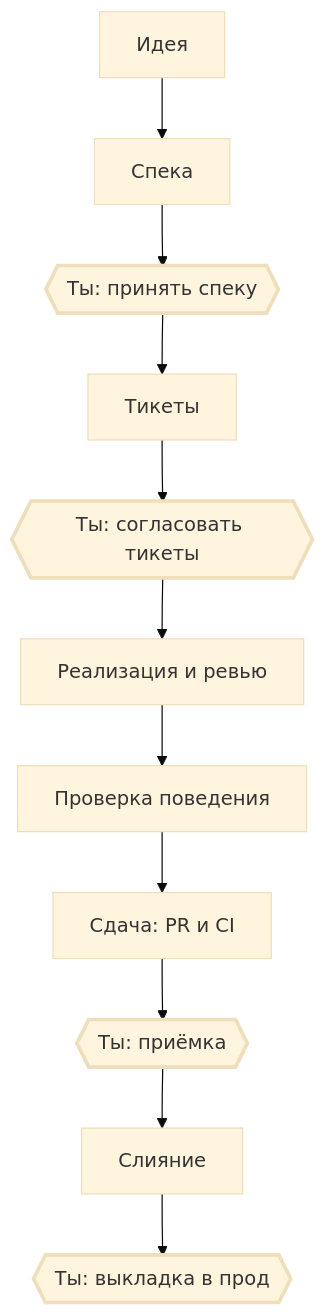
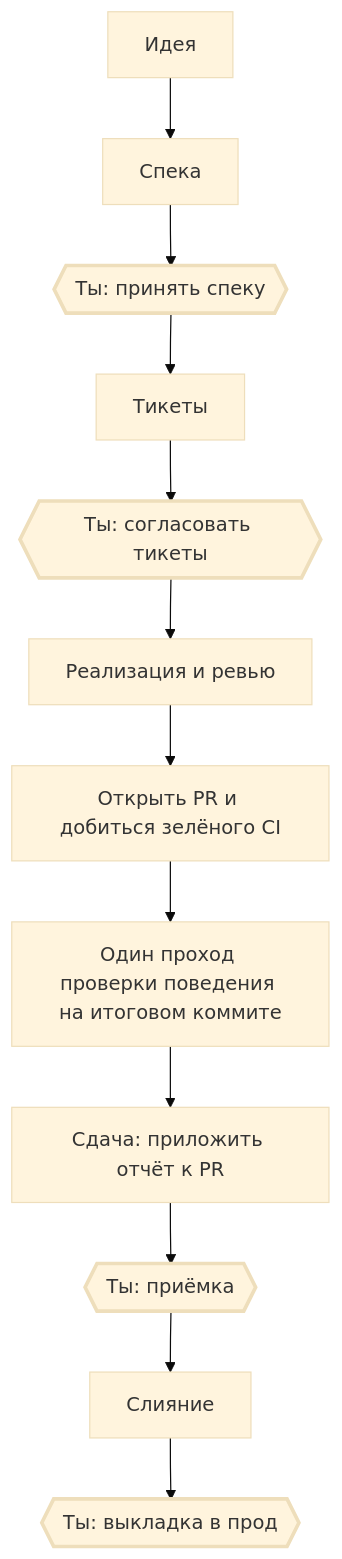
One commit to KirillSachkov/agent-kit changed the first of 7 diagrams in docs/research/factory-pipeline.ru.md. Above: the diagram before and after it, drawn with Mermaid (base theme). The commit also changed other lines of this file and 15 other files, not shown here.

````diff
--- a/docs/research/factory-pipeline.ru.md
+++ b/docs/research/factory-pipeline.ru.md
@@ -41,15 +41,16 @@
 ```mermaid
 flowchart TD
     A["Идея"] --> B["Спека"]
     B --> D1{{"Ты: принять спеку"}}
     D1 --> C["Тикеты"]
     C --> D2{{"Ты: согласовать тикеты"}}
     D2 --> E["Реализация и ревью"]
-    E --> F["Проверка поведения"]
-    F --> G["Сдача: PR и CI"]
+    E --> CI["Открыть PR и добиться зелёного CI"]
+    CI --> F["Один проход проверки поведения на итоговом коммите"]
+    F --> G["Сдача: приложить отчёт к PR"]
     G --> D3{{"Ты: приёмка"}}
     D3 --> H["Слияние"]
     H --> D4{{"Ты: выкладка в прод"}}
     classDef you stroke-width:3px
     class D1,D2,D3,D4 you
 ```
````
